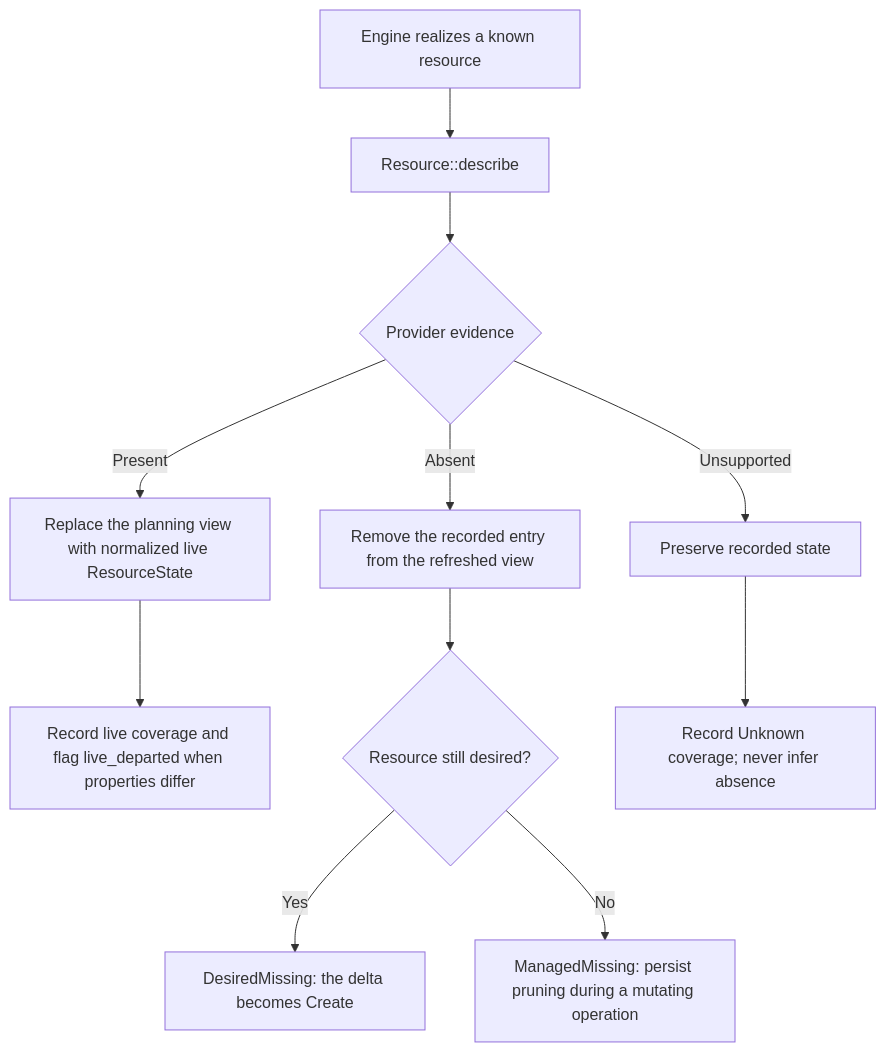
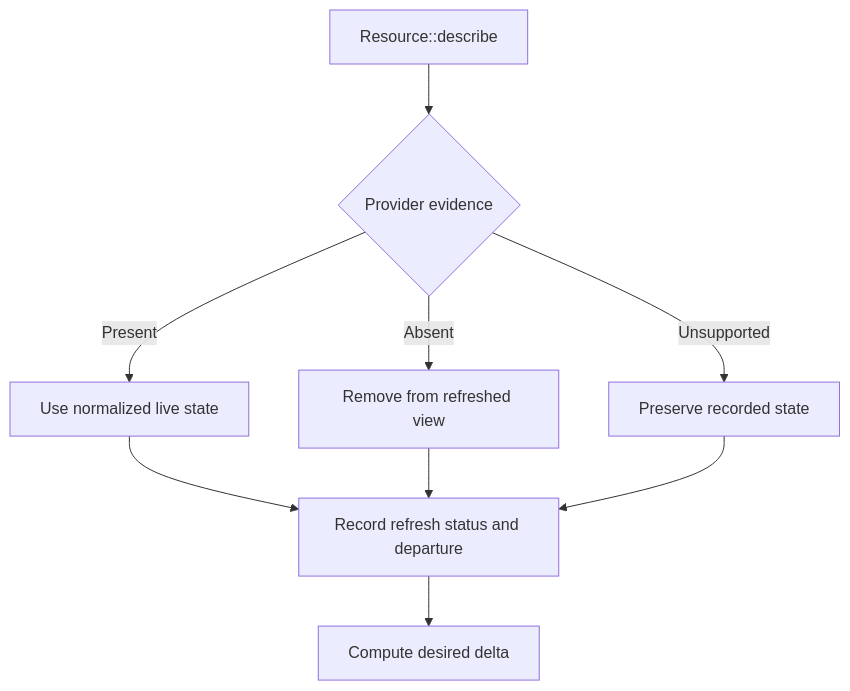
One commit to tokeira/tokeira changed the diagram in docs/iac/state-and-convergence.md. Above: the diagram before and after it, drawn with Mermaid. The commit also changed other lines of this file and 2 other files, not shown here.

First line of the commit message:
docs(iac): document the engine and state contracts

````diff
--- a/docs/iac/state-and-convergence.md
+++ b/docs/iac/state-and-convergence.md
@@ -40,13 +102,11 @@
 ```mermaid
 flowchart TD
-    Known["Engine realizes a known resource"] --> Describe["Resource::describe"]
-    Describe --> Evidence{"Provider evidence"}
-    Evidence -->|Present| Live["Replace the planning view with normalized live ResourceState"]
-    Live --> Coverage["Record live coverage and flag live_departed when properties differ"]
-    Evidence -->|Absent| Remove["Remove the recorded entry from the refreshed view"]
-    Remove --> Desired{"Resource still desired?"}
-    Desired -->|Yes| DesiredMissing["DesiredMissing: the delta becomes Create"]
-    Desired -->|No| ManagedMissing["ManagedMissing: persist pruning during a mutating operation"]
-    Evidence -->|Unsupported| Preserve["Preserve recorded state"]
-    Preserve --> Unknown["Record Unknown coverage; never infer absence"]
+    Describe["Resource::describe"] --> Result{"Provider evidence"}
+    Result -->|Present| Replace["Use normalized live state"]
+    Result -->|Absent| Prune["Remove from refreshed view"]
+    Result -->|Unsupported| Preserve["Preserve recorded state"]
+    Replace --> Coverage["Record refresh status and departure"]
+    Prune --> Coverage
+    Preserve --> Coverage
+    Coverage --> Delta["Compute desired delta"]
 ```
````
